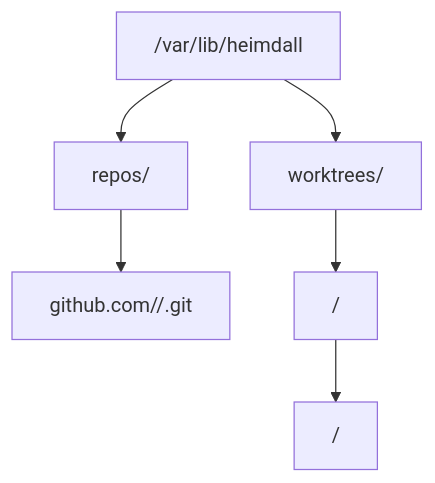
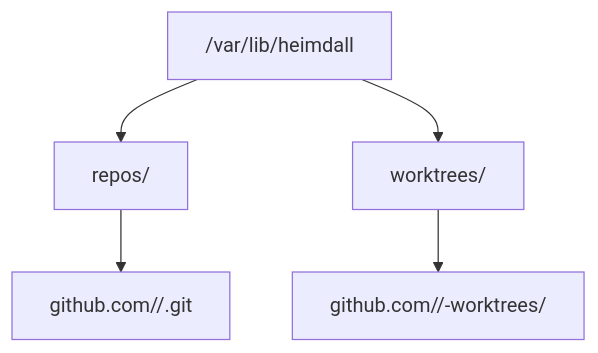
The second of 3 diagrams in docs/architecture.md (mngeow/heimdall), drawn with Mermaid before and after one commit. The commit also changed other lines of this file and 26 other files, not shown here.

````diff
--- a/docs/architecture.md
+++ b/docs/architecture.md
@@ -93,8 +93,7 @@
 ```mermaid
 flowchart TB
     Root["/var/lib/heimdall"] --> Repos["repos/"]
     Root --> Worktrees["worktrees/"]
     Repos --> Mirror["github.com/<owner>/<repo>.git"]
-    Worktrees --> Provider["<provider>/"]
-    Provider --> Issue["<issue-key>/"]
+    Worktrees --> MirrorWorktrees["github.com/<owner>/<repo>-worktrees/<branch-name>"]
 ```
````
